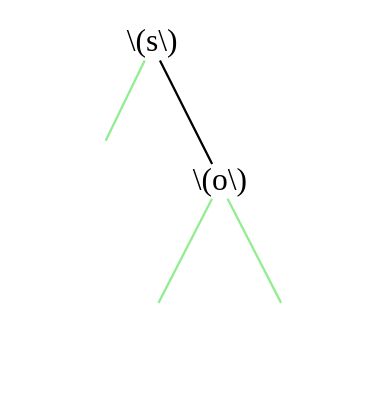
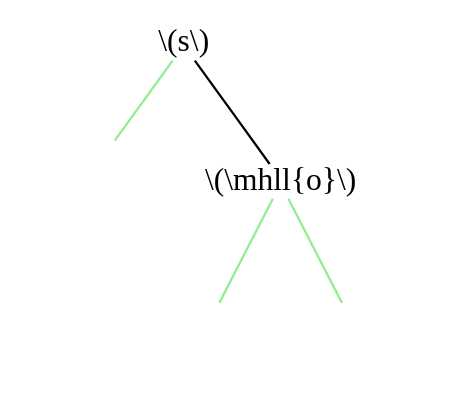
The diagram in article/images_src/lambda/trees_100/3_base.dot (Larhard/Combinatorial-interpretations-of-holonomic-recurrences), drawn with Graphviz before and after one commit. The commit also changed 111 other files, not shown here.

```diff
--- a/article/images_src/lambda/trees_100/3_base.dot
+++ b/article/images_src/lambda/trees_100/3_base.dot
@@ -1,12 +1,12 @@
 graph {
 	size="4,4"
 	0 [label="\\(s\\)" shape=plain]
 	1 [label="" shape=none]
 	0 -- 1 [color=lightgreen]
-	2 [label="\\(o\\)" shape=plain]
+	2 [label="\\(\\mhll{o}\\)" shape=plain]
 	0 -- 2
 	3 [label="" shape=none]
 	2 -- 3 [color=lightgreen]
 	4 [label="" shape=none]
 	2 -- 4 [color=lightgreen]
 }
```
